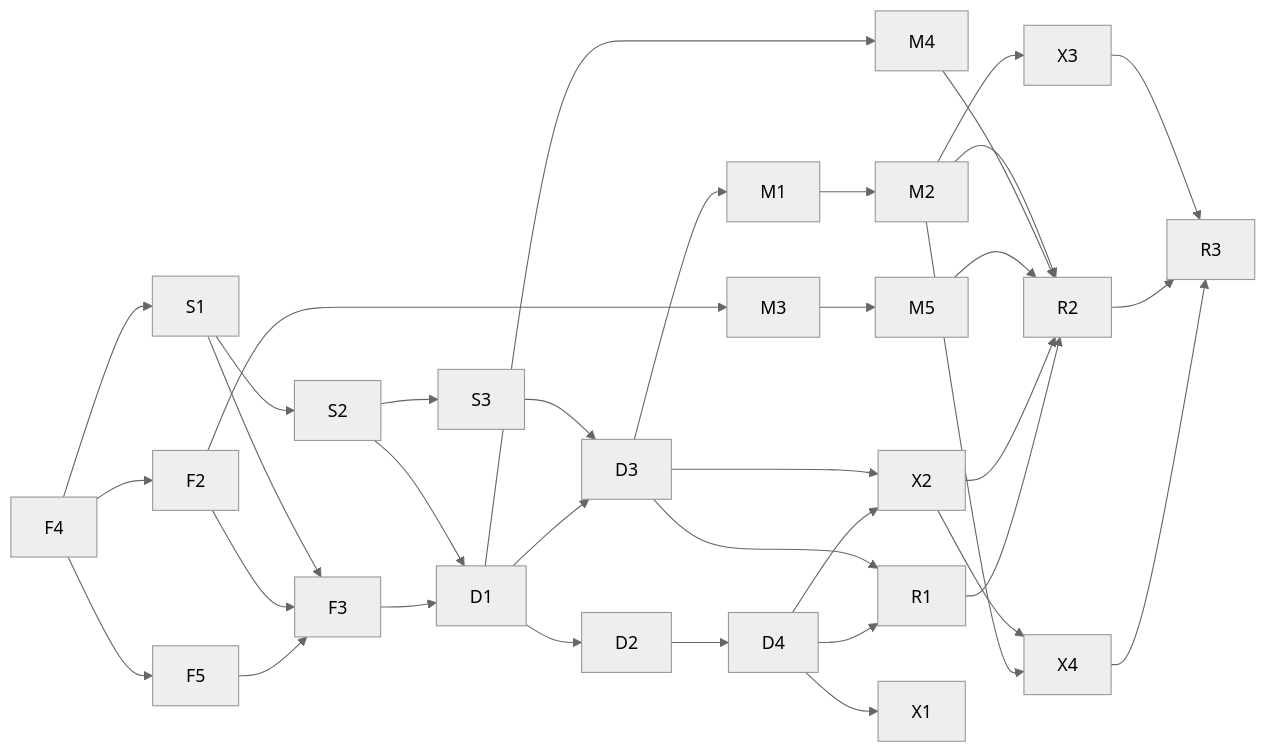
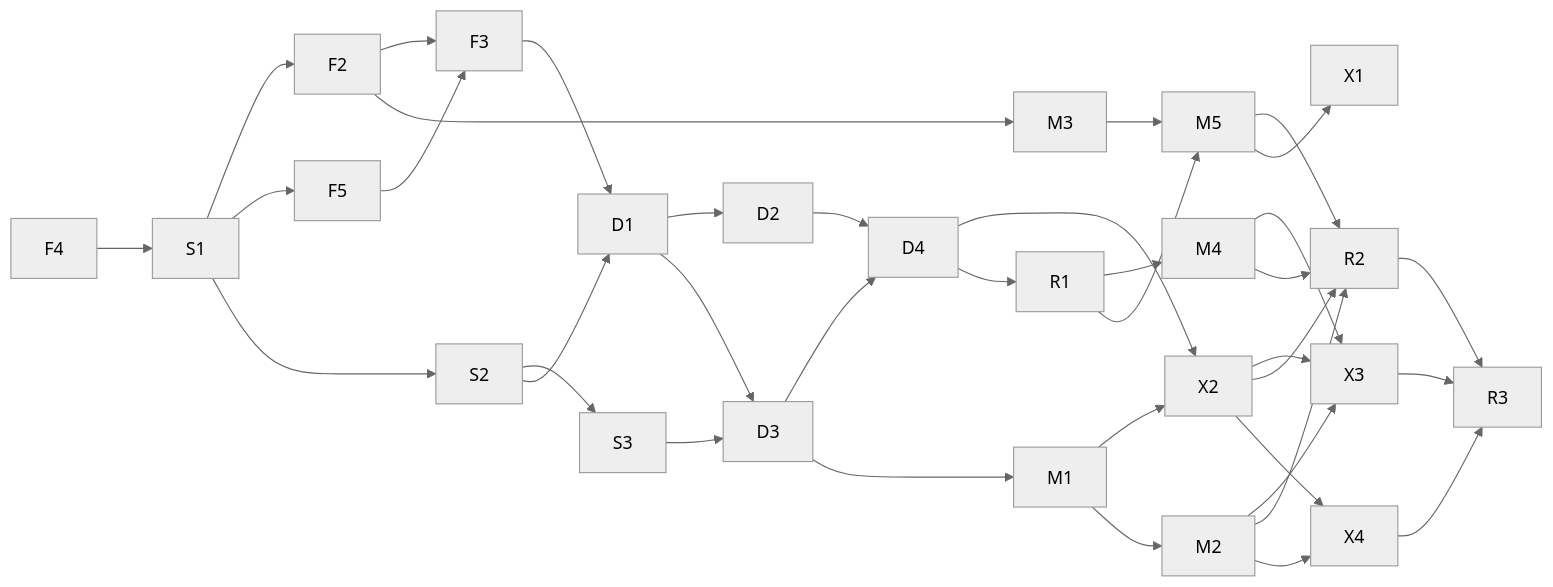
One commit to ppat/mediated-mailbox-mcp changed the second of 2 diagrams in ROADMAP.md. Above: the diagram before and after it, drawn with Mermaid (neutral theme). The commit also changed other lines of this file and 5 other files, not shown here.

````diff
--- a/ROADMAP.md
+++ b/ROADMAP.md
@@ -840,38 +1021,39 @@
 ```mermaid
 flowchart LR
     F4 --> S1
-    F4 --> F2
-    F4 --> F5
+    S1 --> F2
+    S1 --> F5
     S1 --> S2
     S2 --> S3
-    S1 --> F3
     F2 --> F3
     F5 --> F3
     F2 --> M3
     M3 --> M5
     S2 --> D1
     F3 --> D1
     D1 --> D2
-    D1 --> M4
+    R1 --> M4
+    R1 --> M5
     S3 --> D3
     D1 --> D3
     D2 --> D4
+    D3 --> D4
     D3 --> M1
-    D3 --> X2
+    M1 --> X2
     D4 --> X2
     M1 --> M2
     M2 --> X3
-    D3 --> R1
+    M4 --> X3
+    X2 --> X3
     D4 --> R1
     M2 --> R2
-    M4 --> R2
     M5 --> R2
     X2 --> R2
-    R1 --> R2
+    M4 --> R2
     X3 --> R3
     R2 --> R3
     X2 --> X4
     M2 --> X4
     X4 --> R3
-    D4 --> X1
+    M5 --> X1
 ```
````
